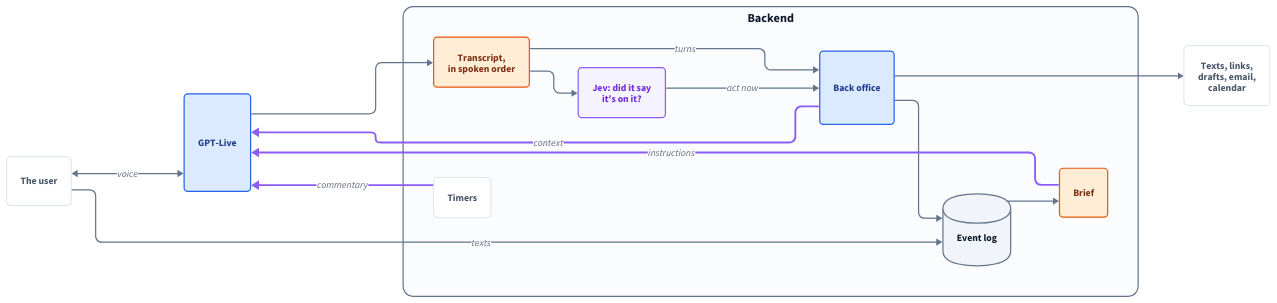
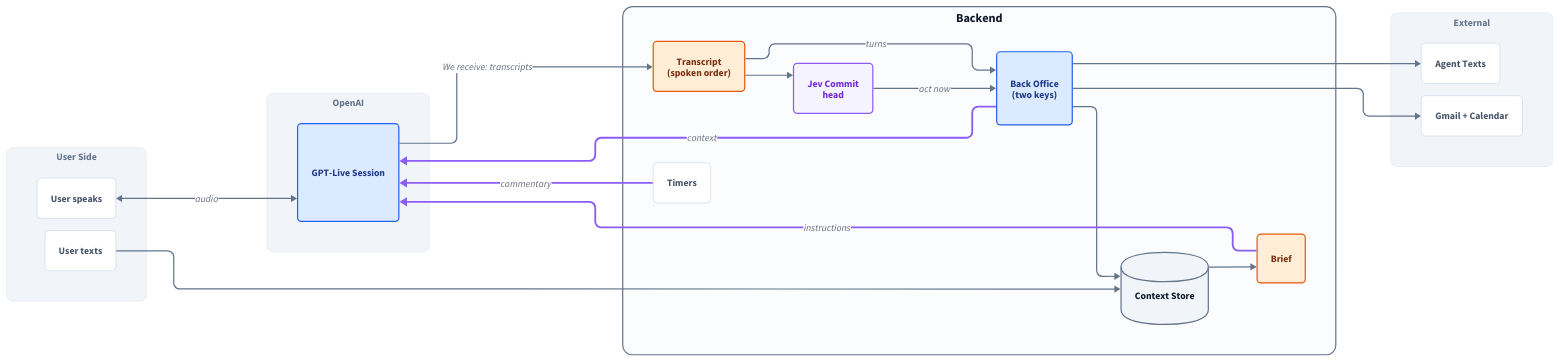
Before and after one commit to scaryjoshie/persona-takehome: the diagram in docs/diagrams/call-architecture.d2, drawn with D2. The commit also changed 6 other files, not shown here.

Commit message:
Diagrams in Joshua's vocabulary (Delta Created, Context Store, Router, Jev filtration heads, Handlers, GPT-Live Session)

```diff
--- a/docs/diagrams/call-architecture.d2
+++ b/docs/diagrams/call-architecture.d2
@@ -1,48 +1,62 @@
-# A call: GPT-Live talks, the back office acts. Render: d2 call-architecture.d2 call-architecture.svg
+# A call: GPT-Live talks, the Back Office acts. Render: d2 call-architecture.d2 call-architecture.svg
 # Styling follows cado's tools/depgraph/arch.d2: white leaves on tinted trays, slate edges.
 vars: {
   d2-config: { layout-engine: elk; theme-id: 0; pad: 40 }
 }
 direction: right
 
 classes: {
   leaf: { style: { fill: "#FFFFFF"; stroke: "#CBD5E1"; stroke-width: 1; border-radius: 6; font-color: "#475569" } }
   flow: { style: { fill: "#FFEDD5"; stroke: "#EA580C"; stroke-width: 2; border-radius: 6; font-color: "#7C2D12"; bold: true } }
   agent: { style: { fill: "#DBEAFE"; stroke: "#2563EB"; stroke-width: 2; border-radius: 6; font-color: "#1E3A8A" } }
   jev: { style: { fill: "#F5F3FF"; stroke: "#8B5CF6"; stroke-width: 2; border-radius: 6; font-color: "#6D28D9"; italic: true } }
   store: { shape: cylinder; style: { fill: "#F1F5F9"; stroke: "#64748B"; stroke-width: 2; font-color: "#0F172A" } }
   domain: { style: { fill: "#FBFCFE"; stroke: "#64748B"; stroke-width: 2; border-radius: 16; font-color: "#0F172A"; bold: true; font-size: 20 } }
+  layer: { style: { fill: "#F1F5F9"; stroke: "#E2E8F0"; stroke-width: 1; border-radius: 10; font-color: "#64748B"; font-size: 16; bold: true } }
   wire: { style: { stroke: "#64748B"; stroke-width: 2 } }
   into: { style: { stroke: "#8B5CF6"; stroke-width: 3 } }
 }
 
-user: "The user" { class: leaf }
-live: "GPT-Live" { class: agent }
+user: "User Side" {
+  class: layer
+  speaks: "User speaks" { class: leaf }
+  texts: "User texts" { class: leaf }
+}
+
+openai: "OpenAI" {
+  class: layer
+  live: "GPT-Live Session" { class: agent }
+}
 
 backend: "Backend" {
   class: domain
-  transcript: "Transcript,\nin spoken order" { class: flow }
-  commit: "Jev: did it say\nit's on it?" { class: jev }
-  office: "Back office" { class: agent }
-  log: "Event log" { class: store }
+  transcript: "Transcript\n(spoken order)" { class: flow }
+  commit: "Jev Commit\nhead" { class: jev }
+  office: "Back Office\n(two keys)" { class: agent }
+  store: "Context Store" { class: store }
   brief: "Brief" { class: flow }
   timers: "Timers" { class: leaf }
 
   transcript -> office: "turns" { class: wire }
   transcript -> commit: { class: wire }
   commit -> office: "act now" { class: wire }
-  office -> log: { class: wire }
-  log -> brief: { class: wire }
+  office -> store: { class: wire }
+  store -> brief: { class: wire }
 }
 
-sent: "Texts, links,\ndrafts, email,\ncalendar" { class: leaf }
+out: "External" {
+  class: layer
+  agent_texts: "Agent Texts" { class: leaf }
+  google: "Gmail + Calendar" { class: leaf }
+}
 
-user <-> live: "voice" { class: wire }
-user -> backend.log: "texts" { class: wire }
-live -> backend.transcript: { class: wire }
-backend.office -> sent: { class: wire }
+user.speaks <-> openai.live: "audio" { class: wire }
+user.texts -> backend.store: { class: wire }
+openai.live -> backend.transcript: "We receive: transcripts" { class: wire }
+backend.office -> out.agent_texts: { class: wire }
+backend.office -> out.google: { class: wire }
 
-# written live <- source so the voice stays between the user and the backend
-live <- backend.brief: "instructions" { class: into }
-live <- backend.office: "context" { class: into }
-live <- backend.timers: "commentary" { class: into }
+# written live <- source so the session stays between the user and the backend
+openai.live <- backend.brief: "instructions" { class: into }
+openai.live <- backend.office: "context" { class: into }
+openai.live <- backend.timers: "commentary" { class: into }
```
